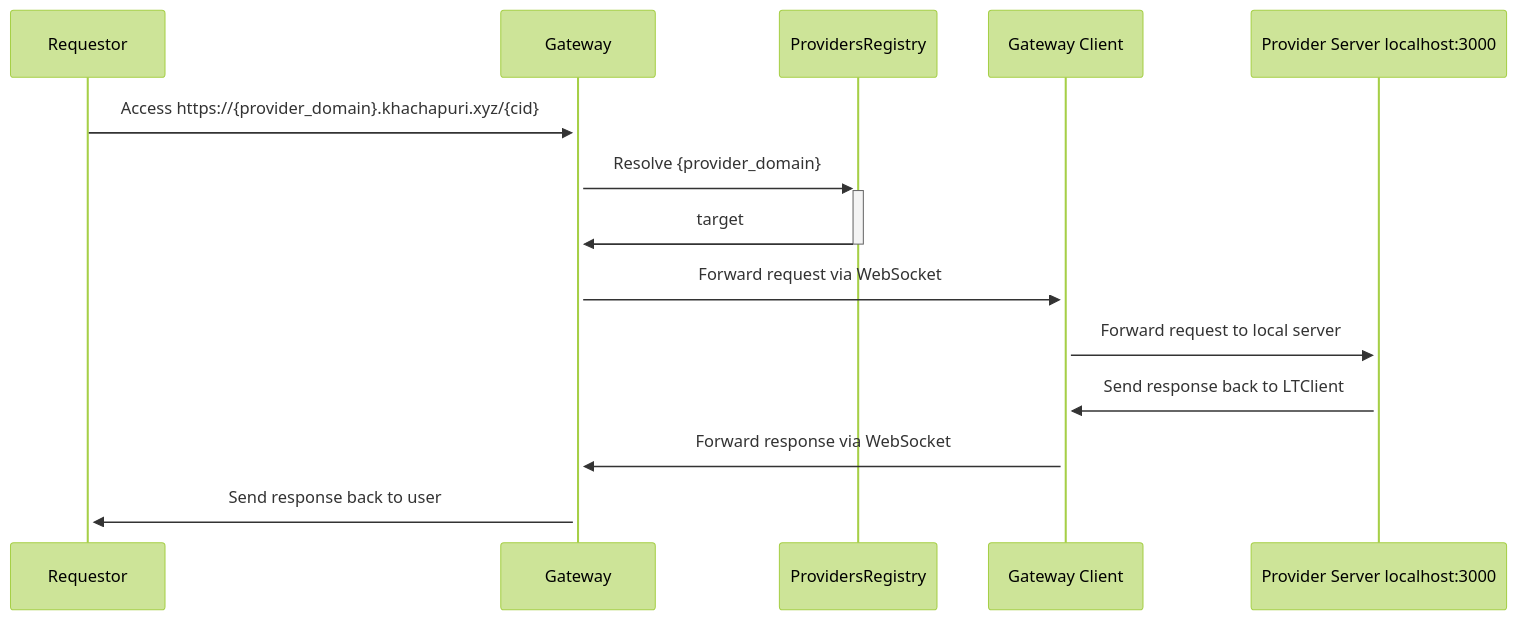
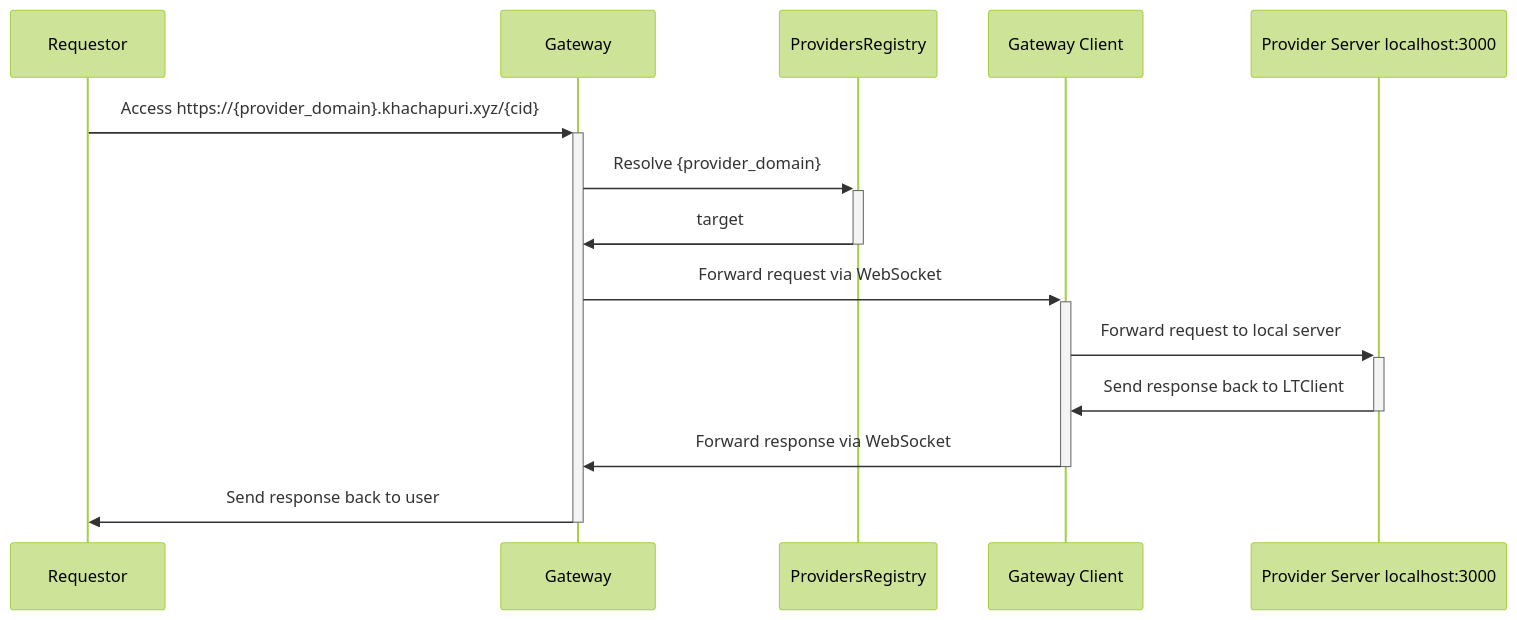
Before and after one commit to matzapata/ipfs-compute: the seventh of 7 diagrams in README.md, drawn with Mermaid (forest theme). The commit also changed other lines of this file and 1 other file, not shown here.

Commit message:
schema and utils

````diff
--- a/README.md
+++ b/README.md
@@ -134,17 +136,17 @@
 ```mermaid
 sequenceDiagram
     participant User as Requestor
     participant LTServer as Gateway
     participant Registry as ProvidersRegistry
     participant LTClient as Gateway Client
     participant LocalServer as Provider Server localhost:3000
 
     User->>+LTServer: Access https://{provider_domain}.khachapuri.xyz/{cid}
     LTServer->>+Registry: Resolve {provider_domain}
     Registry->>-LTServer: target
     LTServer->>+LTClient: Forward request via WebSocket
     LTClient->>+LocalServer: Forward request to local server
-    LocalServer->>+LTClient: Send response back to LTClient
-    LTClient->>+LTServer: Forward response via WebSocket
-    LTServer->>+User: Send response back to user
+    LocalServer->>-LTClient: Send response back to LTClient
+    LTClient->>-LTServer: Forward response via WebSocket
+    LTServer->>-User: Send response back to user
 ```
````
